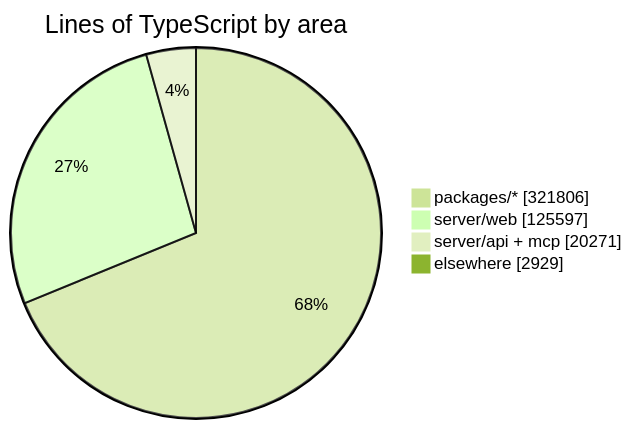
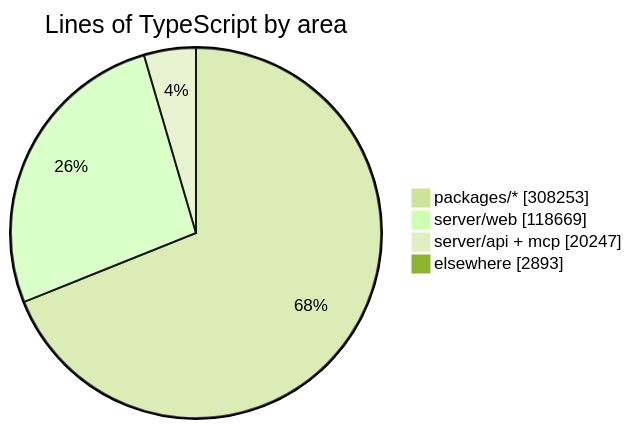
Before and after one commit to crossworks-engineering/mantle: the diagram in README.md, drawn with Mermaid (forest theme). The commit also changed other lines of this file and 2 other files, not shown here.

````diff
--- a/README.md
+++ b/README.md
@@ -294,7 +294,7 @@
 ```mermaid
 pie showData title Lines of TypeScript by area
-    "packages/*" : 321806
-    "server/web" : 125597
-    "server/api + mcp" : 20271
-    "elsewhere" : 2929
+    "packages/*" : 308253
+    "server/web" : 118669
+    "server/api + mcp" : 20247
+    "elsewhere" : 2893
 ```
````
